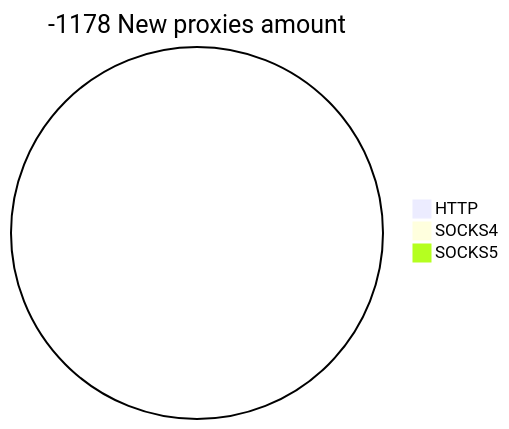
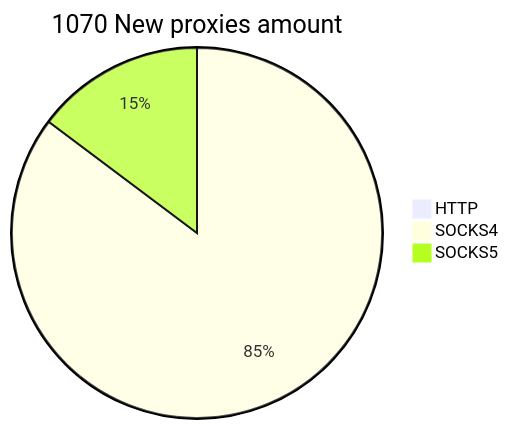
The second of 2 diagrams in README.md (cutipu/proxylist), drawn with Mermaid before and after one commit. The commit also changed other lines of this file, not shown here.

````diff
--- a/README.md
+++ b/README.md
@@ -10,6 +10,6 @@
 ```mermaid
-pie title -1178 New proxies amount
+pie title 1070 New proxies amount
     "HTTP" : 0
-    "SOCKS4" : 0
-    "SOCKS5" : 0
+    "SOCKS4" : 965
+    "SOCKS5" : 167
 ```
````
